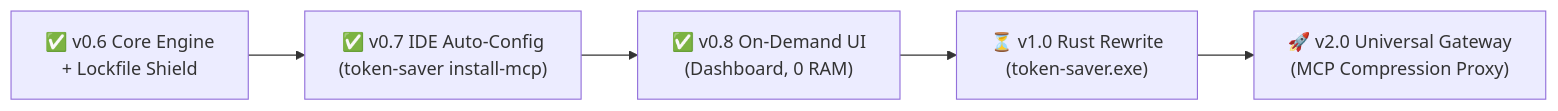
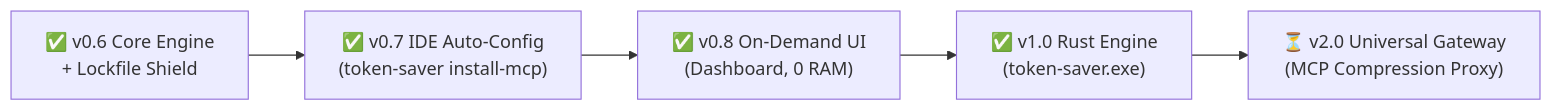
Before and after one commit to Farukes/Token-Saver: the diagram in ROADMAP.md, drawn with Mermaid. The commit also changed other lines of this file and 8 other files, not shown here.

Commit message:
feat(release): add multi-platform CI/CD, 1-click installers, slash-commands parity, and v1.0.0 roadmap

````diff
--- a/ROADMAP.md
+++ b/ROADMAP.md
@@ -9,7 +9,7 @@
 ```mermaid
 flowchart LR
     M1["✅ v0.6 Core Engine<br>+ Lockfile Shield"] --> M2["✅ v0.7 IDE Auto-Config<br>(token-saver install-mcp)"]
     M2 --> M3["✅ v0.8 On-Demand UI<br>(Dashboard, 0 RAM)"]
-    M3 --> M4["⏳ v1.0 Rust Rewrite<br>(token-saver.exe)"]
-    M4 --> M5["🚀 v2.0 Universal Gateway<br>(MCP Compression Proxy)"]
+    M3 --> M4["✅ v1.0 Rust Engine<br>(token-saver.exe)"]
+    M4 --> M5["⏳ v2.0 Universal Gateway<br>(MCP Compression Proxy)"]
 ```
````
